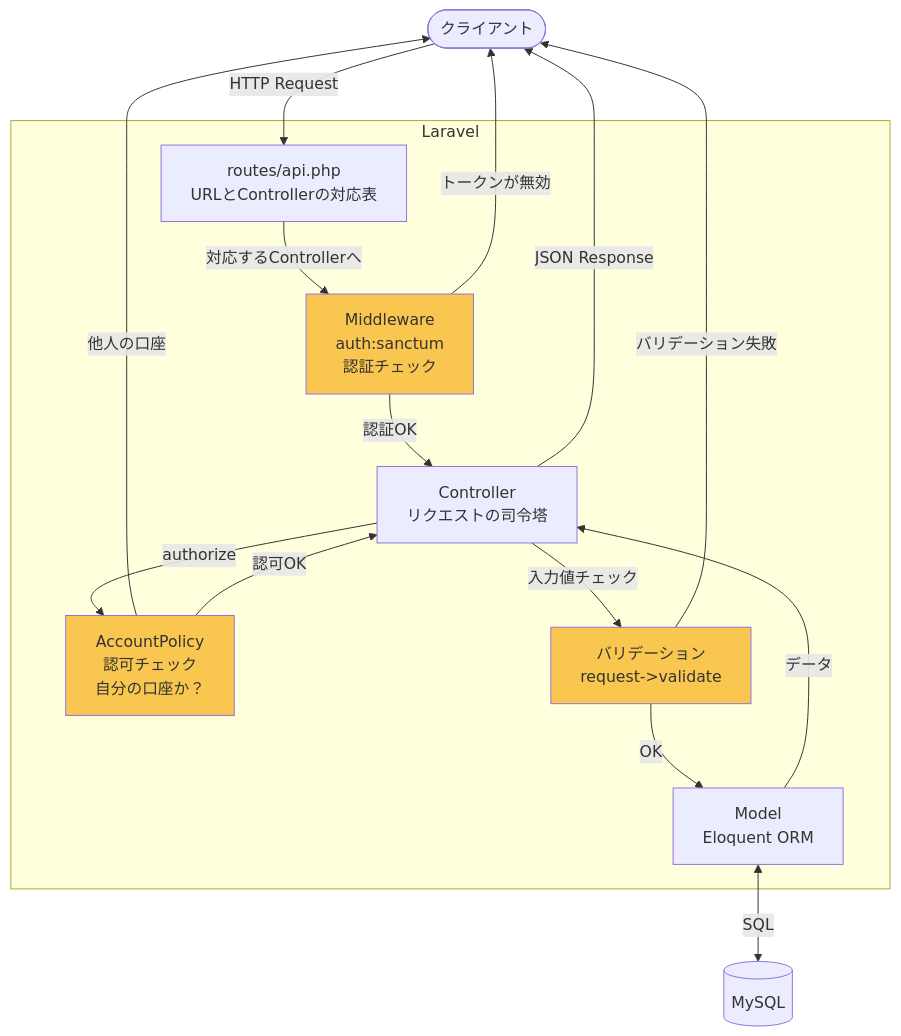
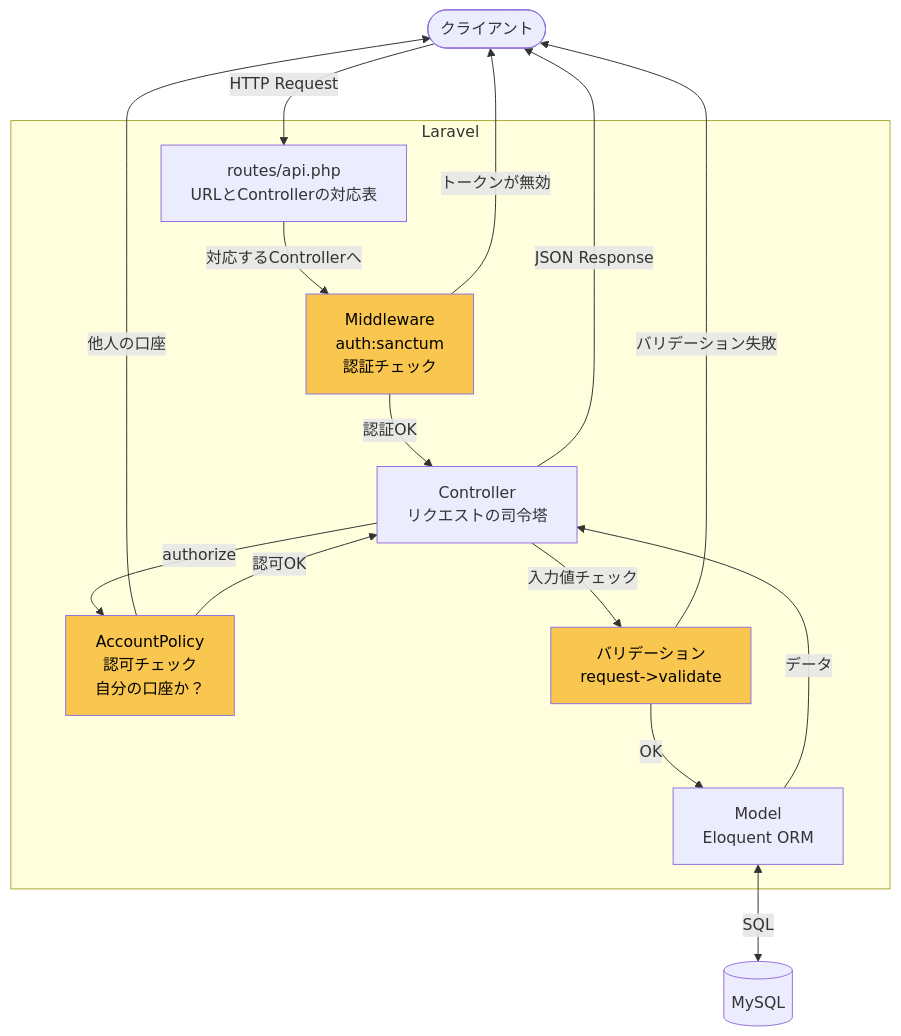
Before and after one commit to yupocham1024/laravel-api-management-balance: the first of 5 diagrams in docs/architecture.md, drawn with Mermaid.

Commit message:
chore: marmaid記法の図を見やすくする

````diff
--- a/docs/architecture.md
+++ b/docs/architecture.md
@@ -7,33 +7,33 @@
 ```mermaid
 flowchart TD
     Client([クライアント])
     Client -->|HTTP Request| Route
 
     subgraph Laravel
-        Route[routes/api.php\nURLとControllerの対応表]
-        MW[Middleware\nauth:sanctum\n認証チェック]
-        Controller[Controller\nリクエストの司令塔]
-        Policy[AccountPolicy\n認可チェック\n自分の口座か？]
-        Validate[バリデーション\nrequest->validate]
-        Model[Model\nEloquent ORM]
+        Route["routes/api.php<br/>URLとControllerの対応表"]
+        MW["Middleware<br/>auth:sanctum<br/>認証チェック"]
+        Controller["Controller<br/>リクエストの司令塔"]
+        Policy["AccountPolicy<br/>認可チェック<br/>自分の口座か？"]
+        Validate["バリデーション<br/>request-&gt;validate"]
+        Model["Model<br/>Eloquent ORM"]
     end
 
     DB[(MySQL)]
 
     Route -->|対応するControllerへ| MW
     MW -->|トークンが無効| Client
     MW -->|認証OK| Controller
     Controller -->|authorize| Policy
     Policy -->|他人の口座| Client
     Policy -->|認可OK| Controller
     Controller -->|入力値チェック| Validate
     Validate -->|バリデーション失敗| Client
     Validate -->|OK| Model
     Model <-->|SQL| DB
     Model -->|データ| Controller
     Controller -->|JSON Response| Client
 
-    style MW fill:#f9c74f
-    style Policy fill:#f9c74f
-    style Validate fill:#f9c74f
+    style MW fill:#f9c74f,color:#000
+    style Policy fill:#f9c74f,color:#000
+    style Validate fill:#f9c74f,color:#000
 ```
````
